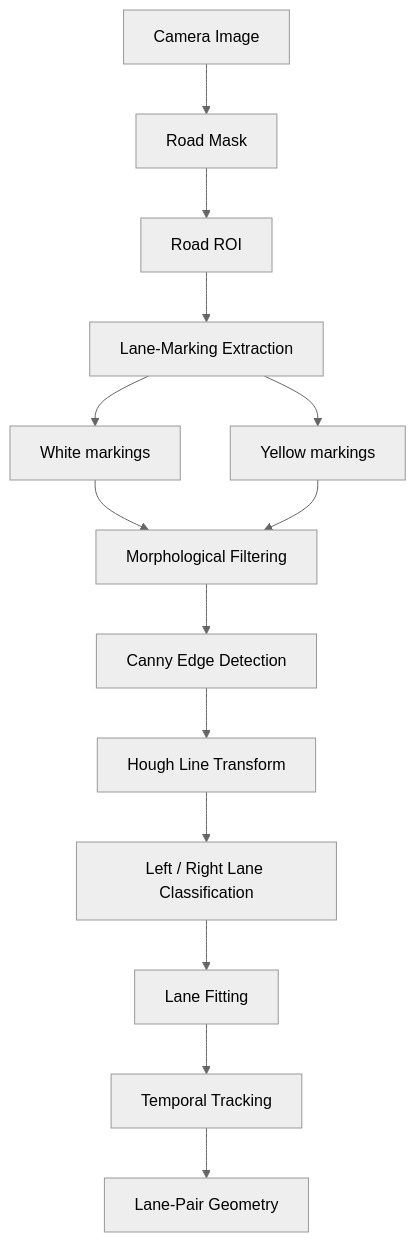
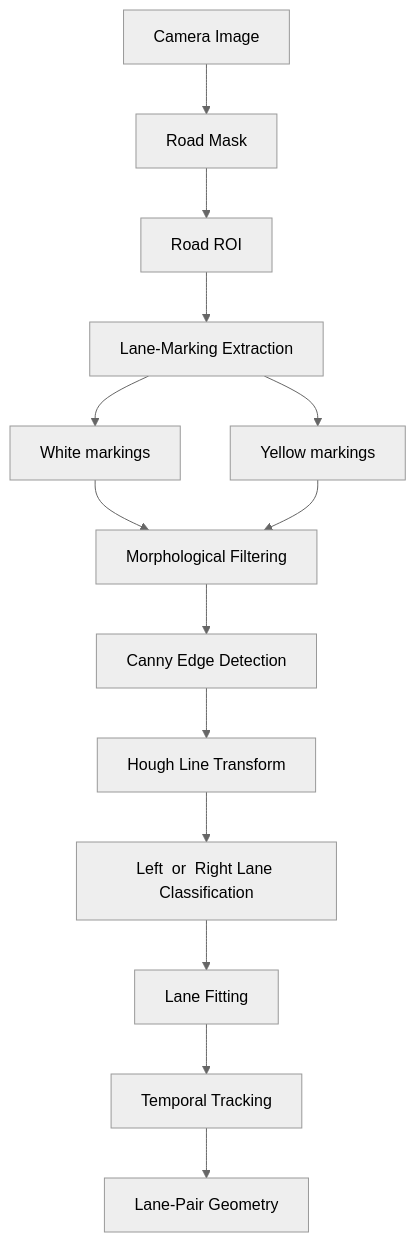
The fourth of 19 diagrams in README.md (GauravR2012/ros2-adas-perception-stack), drawn with Mermaid (neutral theme) before and after one commit. The commit also changed other lines of this file, not shown here.

````diff
--- a/README.md
+++ b/README.md
@@ -226,16 +226,16 @@
 ```mermaid
 flowchart TD
-    A[Camera Image] --> B[Road Mask]
-    B --> C[Road ROI]
-    C --> D[Lane-Marking Extraction]
-    D --> D1[White markings]
-    D --> D2[Yellow markings]
-    D1 --> E[Morphological Filtering]
+    A["Camera Image"] --> B["Road Mask"]
+    B --> C["Road ROI"]
+    C --> D["Lane-Marking Extraction"]
+    D --> D1["White markings"]
+    D --> D2["Yellow markings"]
+    D1 --> E["Morphological Filtering"]
     D2 --> E
-    E --> F[Canny Edge Detection]
-    F --> G[Hough Line Transform]
-    G --> H[Left / Right Lane Classification]
-    H --> I[Lane Fitting]
-    I --> J[Temporal Tracking]
-    J --> K[Lane-Pair Geometry]
+    E --> F["Canny Edge Detection"]
+    F --> G["Hough Line Transform"]
+    G --> H["Left  or  Right Lane Classification"]
+    H --> I["Lane Fitting"]
+    I --> J["Temporal Tracking"]
+    J --> K["Lane-Pair Geometry"]
 ```
````
